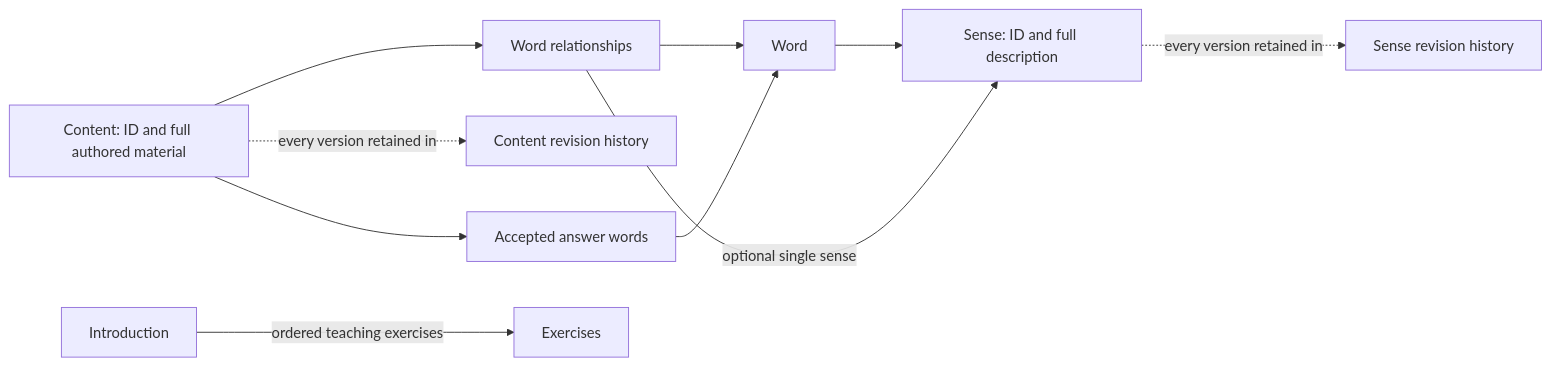
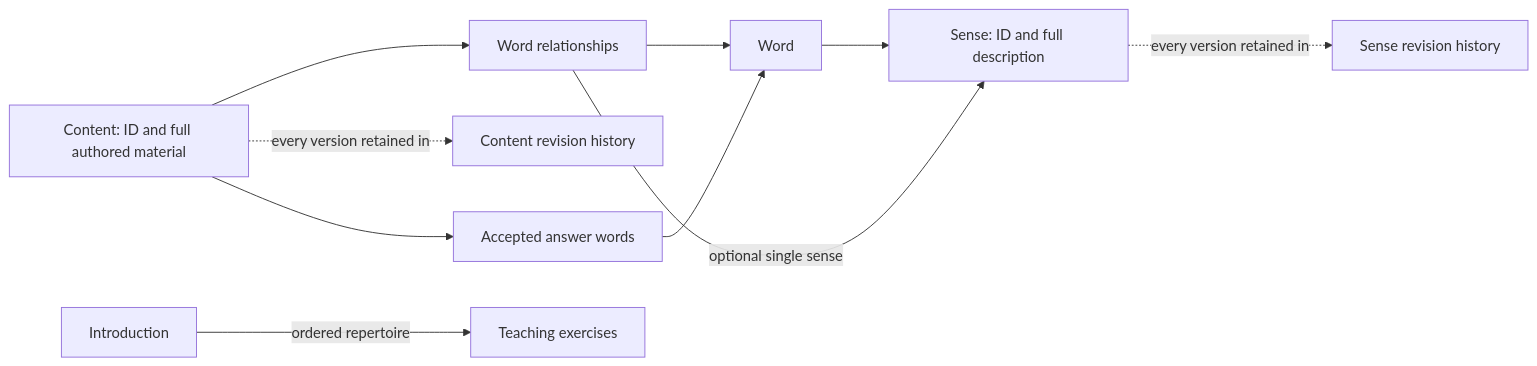
Before and after one commit to swimj/chinese-study-app: the first of 4 diagrams in notes/active/2026-10-16-vocabulary-storage-sketch.md, drawn with Mermaid. The commit also changed other lines of this file and 2 other files, not shown here.

````diff
--- a/notes/active/2026-10-16-vocabulary-storage-sketch.md
+++ b/notes/active/2026-10-16-vocabulary-storage-sketch.md
@@ -22,12 +22,12 @@
 ```mermaid
 flowchart LR
   W[Word] --> S[Sense: ID and full description]
   S -. every version retained in .-> SH[Sense revision history]
   C[Content: ID and full authored material] --> CW[Word relationships]
   C -. every version retained in .-> CH[Content revision history]
   CW --> W
   CW -->|optional single sense| S
   C --> A[Accepted answer words]
   A --> W
-  I[Introduction] -->|ordered teaching exercises| E[Exercises]
+  I[Introduction] -->|ordered repertoire| E[Teaching exercises]
 ```
````
